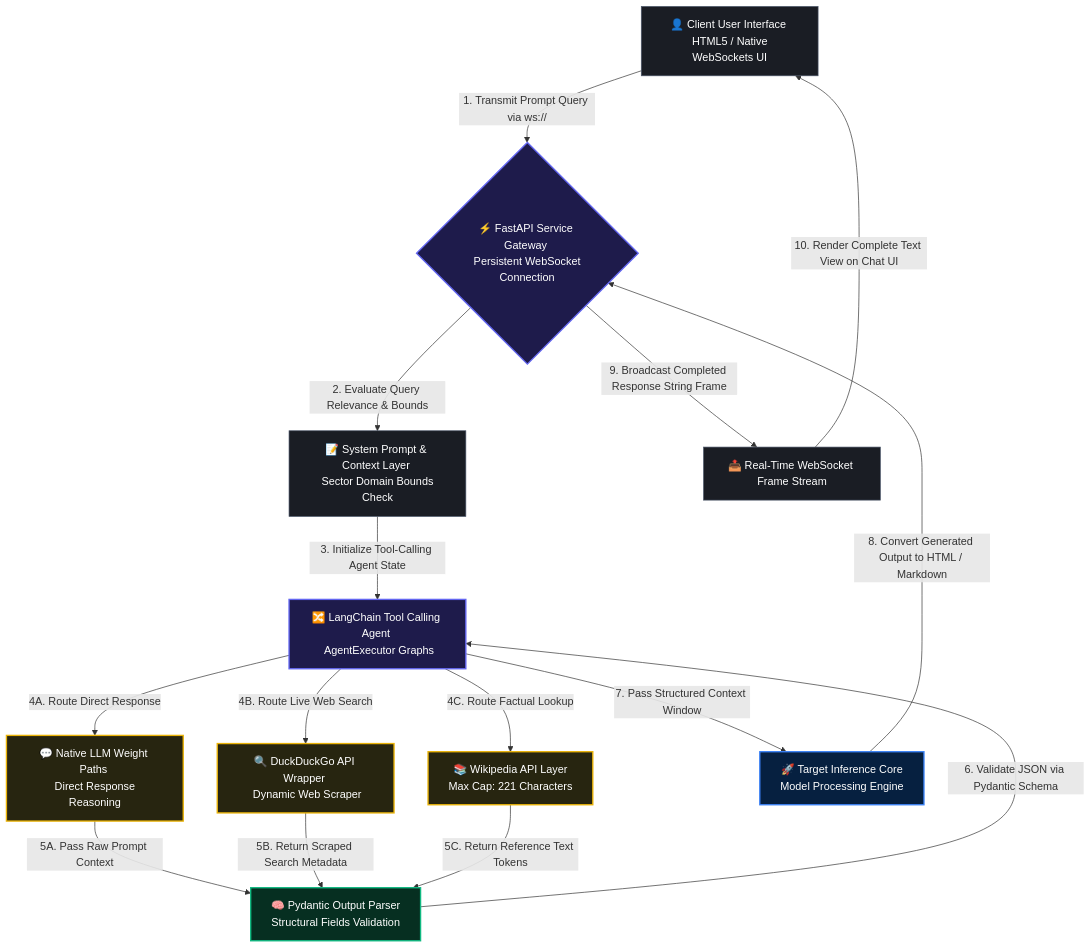
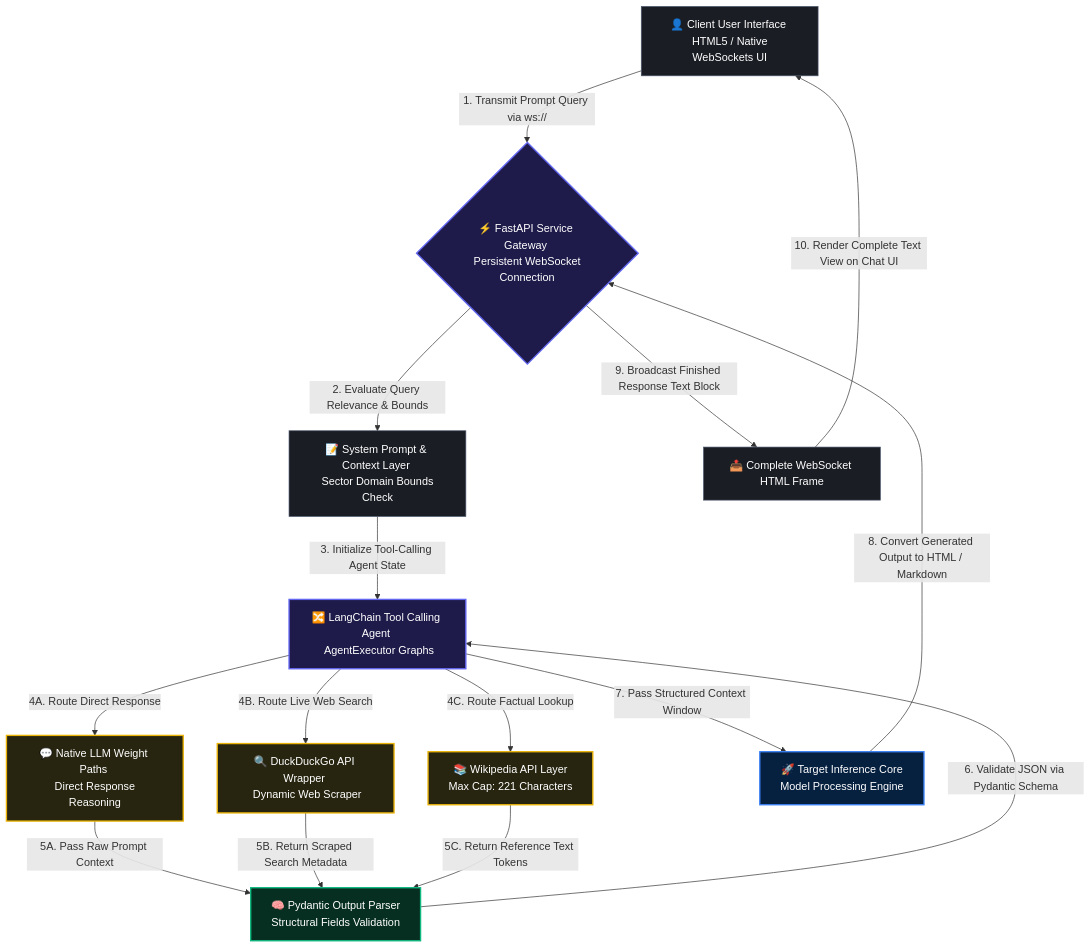
Before and after one commit to WajihZaman/agentic-ai-copywriter: the diagram in README.md, drawn with Mermaid.

````diff
--- a/README.md
+++ b/README.md
@@ -21,60 +21,60 @@
 ```mermaid
 graph TB
 
     %% =========================================================
     %% 1. PIPELINE NODE DEFINITIONS (High Contrast Styling)
     %% =========================================================
     User[👤 Client User Interface <br> HTML5 / Native WebSockets UI]
     
     FastAPI{⚡ FastAPI Service Gateway <br> Persistent WebSocket Connection}
     
     Prompt[📝 System Prompt & Context Layer <br> Sector Domain Bounds Check]
     
     LangChain[🔀 LangChain Tool Calling Agent <br> AgentExecutor Graphs]
     
     Tool_Direct[💬 Native LLM Weight Paths <br> Direct Response Reasoning]
     Tool_DDG[🔍 DuckDuckGo API Wrapper <br> Dynamic Web Scraper]
     Tool_Wiki[📚 Wikipedia API Layer <br> Max Cap: 221 Characters]
     
     Context[🧠 Pydantic Output Parser <br> Structural Fields Validation]
     
     LLM[🚀 Target Inference Core <br> Model Processing Engine]
     
-    Output[📤 Real-Time WebSocket Frame Stream]
+    Output[📤 Complete WebSocket HTML Frame]
 
     %% =========================================================
     %% 2. LINEAR STEP-BY-STEP DATAFLOW (Stateless WebSocket Loop)
     %% =========================================================
     User-->|1. Transmit Prompt Query via ws://|FastAPI
     FastAPI-->|2. Evaluate Query Relevance & Bounds|Prompt
     Prompt-->|3. Initialize Tool-Calling Agent State|LangChain
     
     LangChain-->|4A. Route Direct Response|Tool_Direct
     LangChain-->|4B. Route Live Web Search|Tool_DDG
     LangChain-->|4C. Route Factual Lookup|Tool_Wiki
     
     Tool_Direct-->|5A. Pass Raw Prompt Context|Context
     Tool_DDG-->|5B. Return Scraped Search Metadata|Context
     Tool_Wiki-->|5C. Return Reference Text Tokens|Context
     
     Context-->|6. Validate JSON via Pydantic Schema|LangChain
     LangChain-->|7. Pass Structured Context Window|LLM
     LLM-->|8. Convert Generated Output to HTML / Markdown|FastAPI
-    FastAPI-->|9. Broadcast Completed Response String Frame|Output
+    FastAPI-->|9. Broadcast Finished Response Text Block|Output
     Output-->|10. Render Complete Text View on Chat UI|User
 
     %% =========================================================
     %% 3. REFINED GRAPH ACCENTS (Dark-Mode Harmony)
     %% =========================================================
     classDef default fill:#1a1d24,stroke:#4a5568,stroke-width:1px,color:#ffffff;
     
     style FastAPI fill:#1e1b4b,stroke:#6366f1,stroke-width:2px,color:#ffffff
     style LangChain fill:#1e1b4b,stroke:#6366f1,stroke-width:2px,color:#ffffff
     
     style LLM fill:#062040,stroke:#3b82f6,stroke-width:2px,color:#ffffff
     style Context fill:#062f21,stroke:#10b981,stroke-width:2px,color:#ffffff
     
     style Tool_Direct fill:#272510,stroke:#eab308,stroke-width:2px,color:#ffffff
     style Tool_DDG fill:#272510,stroke:#eab308,stroke-width:2px,color:#ffffff
     style Tool_Wiki fill:#272510,stroke:#eab308,stroke-width:2px,color:#ffffff
 ```
````
